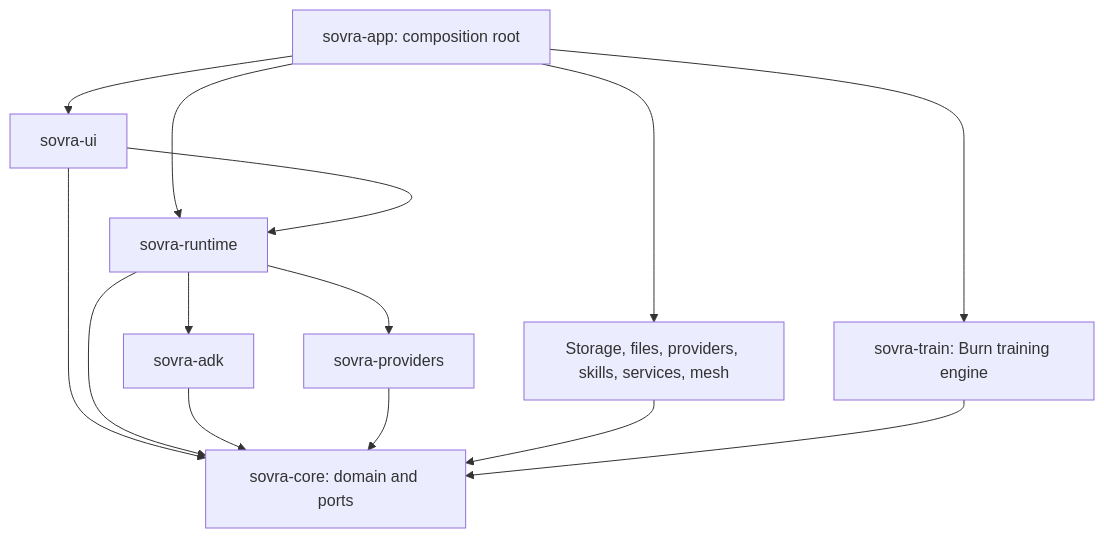
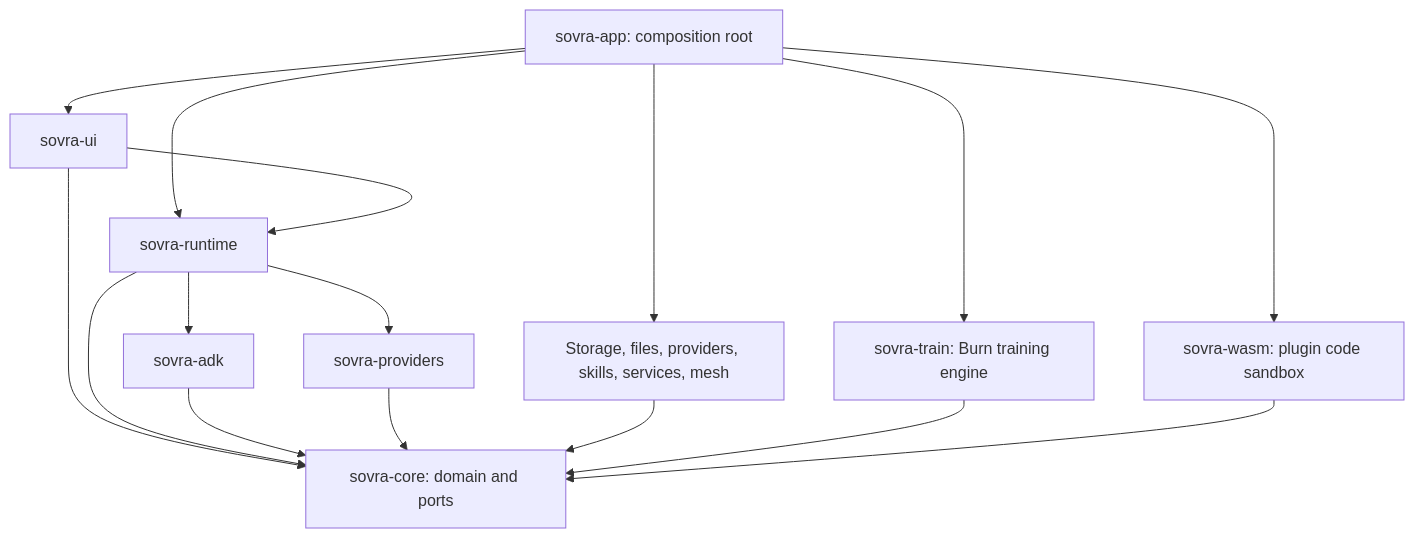
Before and after one commit to Sovra-AI/SovraHarness: the first of 2 diagrams in docs/architecture.md, drawn with Mermaid. The commit also changed other lines of this file and 37 other files, not shown here.

````diff
--- a/docs/architecture.md
+++ b/docs/architecture.md
@@ -29,16 +30,18 @@
 ```mermaid
 flowchart TB
   app["sovra-app: composition root"] --> ui["sovra-ui"]
   app --> runtime["sovra-runtime"]
   app --> adapters["Storage, files, providers, skills, services, mesh"]
   ui --> runtime
   ui --> core["sovra-core: domain and ports"]
   runtime --> adk["sovra-adk"]
   runtime --> providers["sovra-providers"]
   runtime --> core
   adk --> core
   providers --> core
   adapters --> core
   app --> train["sovra-train: Burn training engine"]
   train --> core
+  app --> wasm["sovra-wasm: plugin code sandbox"]
+  wasm --> core
 ```
````
